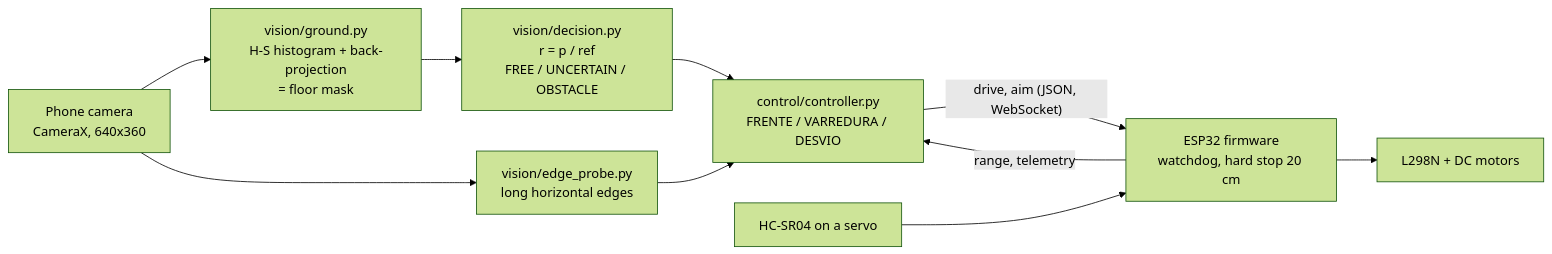
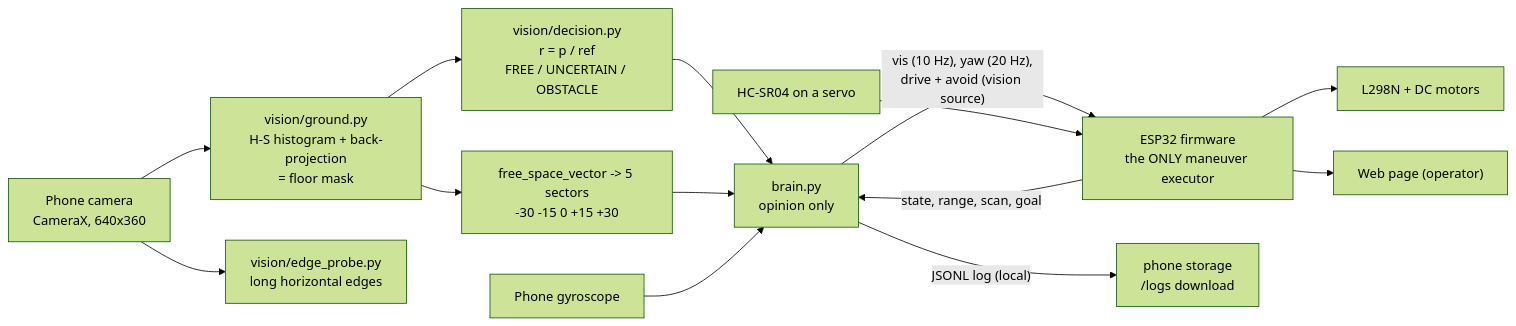
Before and after one commit to allvaret/esp32-self-driving-car: the diagram in docs/architecture.md, drawn with Mermaid (forest theme). The commit also changed other lines of this file and 7 other files, not shown here.

First line of the commit message:
docs: Caminho 1 (ESP32 único executor): arquitetura, protocolo, parâmetros e fluxo atual

````diff
--- a/docs/architecture.md
+++ b/docs/architecture.md
@@ -3,12 +3,16 @@
 ```mermaid
 flowchart LR
     CAM["Phone camera<br/>CameraX, 640x360"] --> G["vision/ground.py<br/>H-S histogram + back-projection<br/>= floor mask"]
     CAM --> E["vision/edge_probe.py<br/>long horizontal edges"]
     G --> D["vision/decision.py<br/>r = p / ref<br/>FREE / UNCERTAIN / OBSTACLE"]
-    D --> C["control/controller.py<br/>FRENTE / VARREDURA / DESVIO"]
-    E --> C
-    C -- "drive, aim (JSON, WebSocket)" --> F["ESP32 firmware<br/>watchdog, hard stop 20 cm"]
-    F -- "range, telemetry" --> C
+    G --> V["free_space_vector -> 5 sectors<br/>-30 -15 0 +15 +30"]
+    D --> B["brain.py<br/>opinion only"]
+    V --> B
+    GY["Phone gyroscope"] --> B
+    B -- "vis (10 Hz), yaw (20 Hz),<br/>drive + avoid (vision source)" --> F["ESP32 firmware<br/>the ONLY maneuver executor"]
+    F -- "state, range, scan, goal" --> B
     F --> M["L298N + DC motors"]
     S["HC-SR04 on a servo"] --> F
+    F --> W["Web page (operator)"]
+    B -- "JSONL log (local)" --> L["phone storage<br/>/logs download"]
 ```
````
